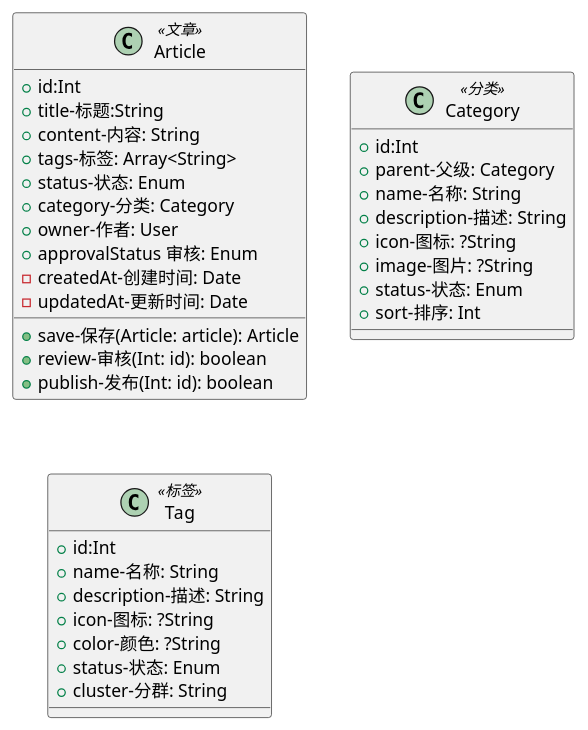
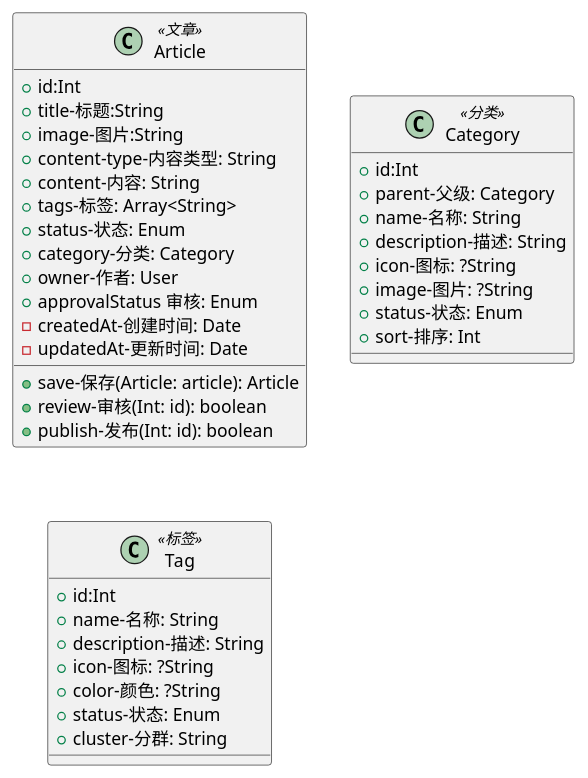
One commit to red-jasmine/framework changed the first of 2 diagrams in docs/articles/article.md. Above: the diagram before and after it, drawn with PlantUML. The commit also changed 6 other files, not shown here.

````diff
--- a/docs/articles/article.md
+++ b/docs/articles/article.md
@@ -22,46 +22,48 @@
 ```plantuml
 @startuml
 
 class Article<<文章>> {
 + id:Int
 + title-标题:String 
++ image-图片:String 
++ content-type-内容类型: String
 + content-内容: String
 + tags-标签: Array<String>
 + status-状态: Enum
 + category-分类: Category
 + owner-作者: User
 + approvalStatus 审核: Enum
 - createdAt-创建时间: Date
 - updatedAt-更新时间: Date
 
 
 + save-保存(Article: article): Article
 + review-审核(Int: id): boolean
 + publish-发布(Int: id): boolean
 
 }
 
 class Category<<分类>> {
 + id:Int
 + parent-父级: Category
 + name-名称: String
 + description-描述: String
 + icon-图标: ?String
 + image-图片: ?String
 + status-状态: Enum
 + sort-排序: Int
 }
 
 class Tag<<标签>> {
 + id:Int
 + name-名称: String
 + description-描述: String
 + icon-图标: ?String
 + color-颜色: ?String
 + status-状态: Enum
 + cluster-分群: String 
  
 }
 
 @enduml
 ```
````
